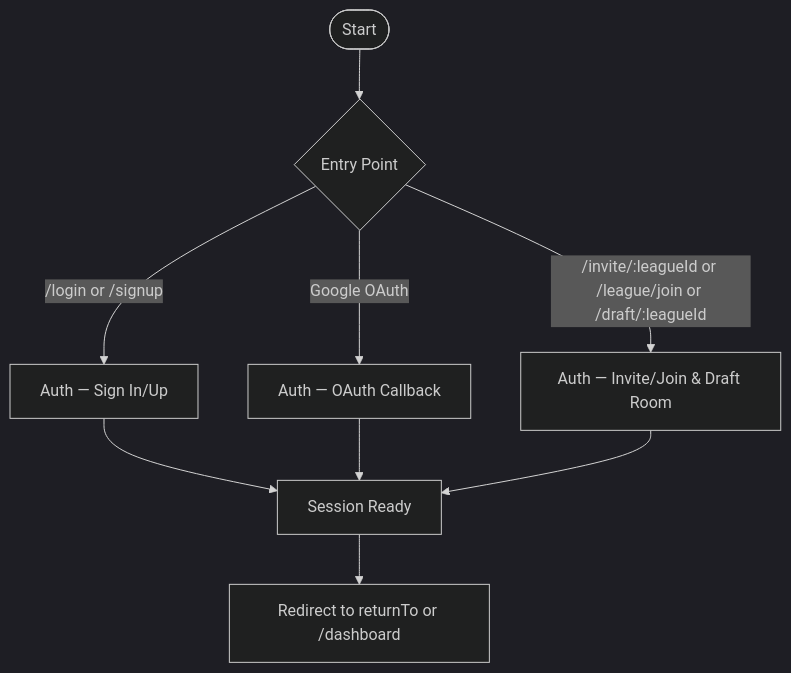
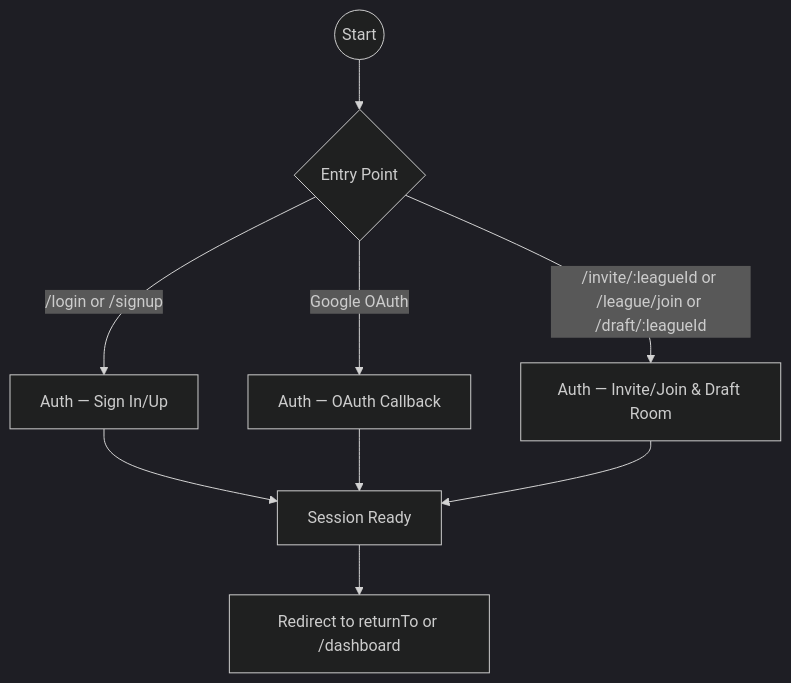
One commit to kpm34/college-football-fantasy-app changed the first of 2 diagrams in docs/diagrams/user-journeys/auth-user-flow.md. Above: the diagram before and after it, drawn with Mermaid (dark theme). The commit also changed other lines of this file, not shown here.

Commit message:
fix(diagrams): simplify legend block and use circle start in auth-user-flow

````diff
--- a/docs/diagrams/user-journeys/auth-user-flow.md
+++ b/docs/diagrams/user-journeys/auth-user-flow.md
@@ -26,13 +26,13 @@
 ```mermaid
 flowchart TD
-  A([Start]) --> B{Entry Point}
+  A((Start)) --> B{Entry Point}
   B -->|/login or /signup| S1[Auth — Sign In/Up]
   B -->|Google OAuth| S2[Auth — OAuth Callback]
   %% Mermaid link labels do not like square brackets; use :leagueId for legibility
   B -->|/invite/:leagueId or /league/join or /draft/:leagueId| S3[Auth — Invite/Join & Draft Room]
 
   S1 --> E[Session Ready]
   S2 --> E
   S3 --> E
   E --> R[Redirect to returnTo or /dashboard]
 ```
````
